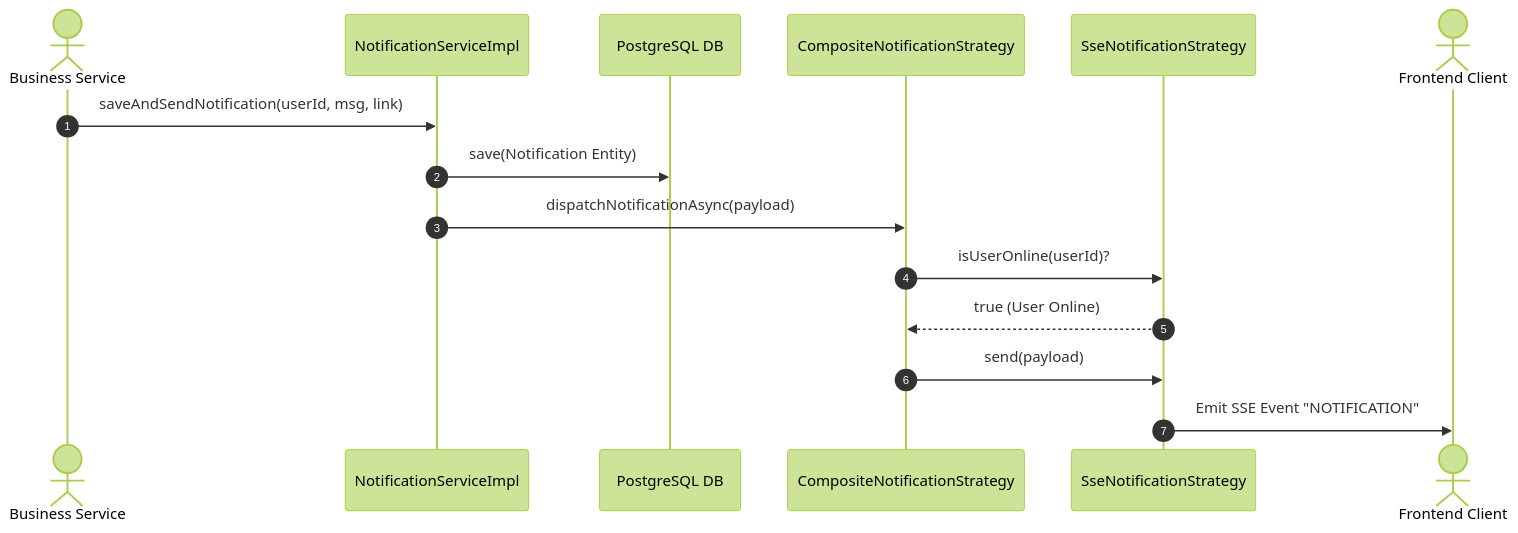
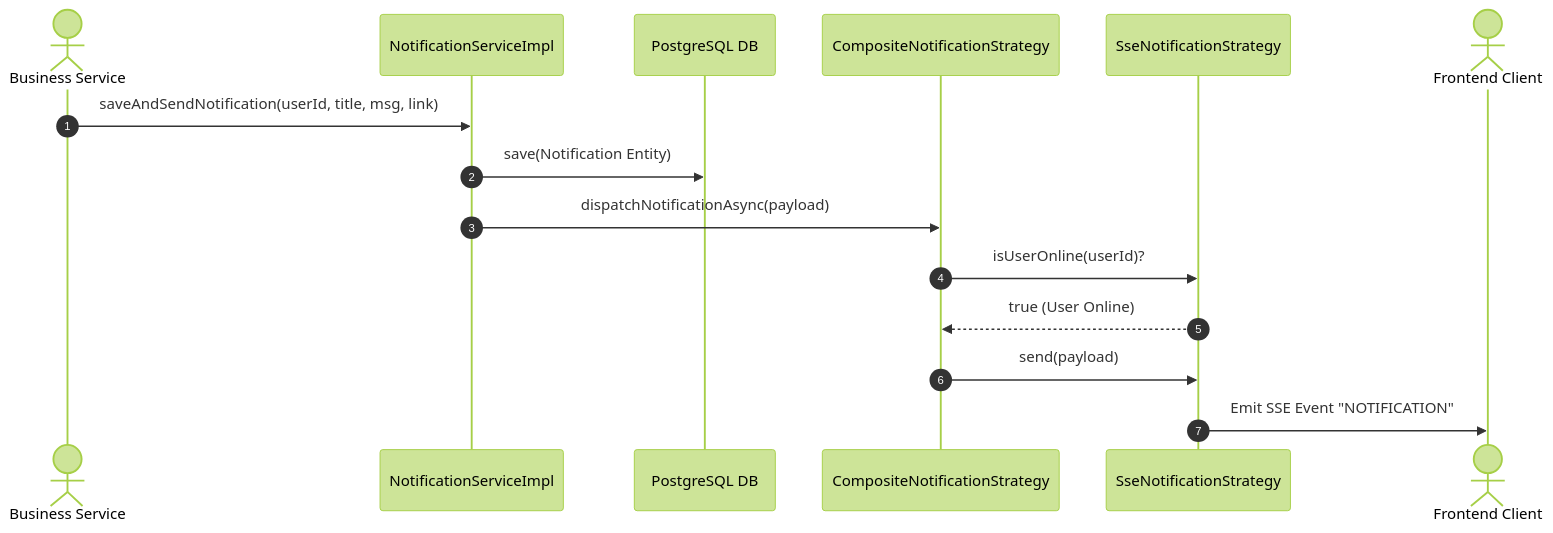
One commit to pmt1841/MathClass-be changed the second of 3 diagrams in specs/notification-strategy-phase2-spec.md. Above: the diagram before and after it, drawn with Mermaid (forest theme). The commit also changed other lines of this file, not shown here.

Commit message:
docs(MAT-343): cập nhật bố cục tài liệu đặc tả notification-strategy-phase2-spec theo chuẩn dự án

````diff
--- a/specs/notification-strategy-phase2-spec.md
+++ b/specs/notification-strategy-phase2-spec.md
@@ -181,18 +88,18 @@
 ```mermaid
 sequenceDiagram
     autonumber
     actor Service as Business Service
     participant Facade as NotificationServiceImpl
     participant DB as PostgreSQL DB
     participant Composite as CompositeNotificationStrategy
     participant SSE as SseNotificationStrategy
     actor Client as Frontend Client
 
-    Service->>Facade: saveAndSendNotification(userId, msg, link)
+    Service->>Facade: saveAndSendNotification(userId, title, msg, link)
     Facade->>DB: save(Notification Entity)
     Facade->>Composite: dispatchNotificationAsync(payload)
     Composite->>SSE: isUserOnline(userId)?
     SSE-->>Composite: true (User Online)
     Composite->>SSE: send(payload)
     SSE->>Client: Emit SSE Event "NOTIFICATION"
 ```
````
